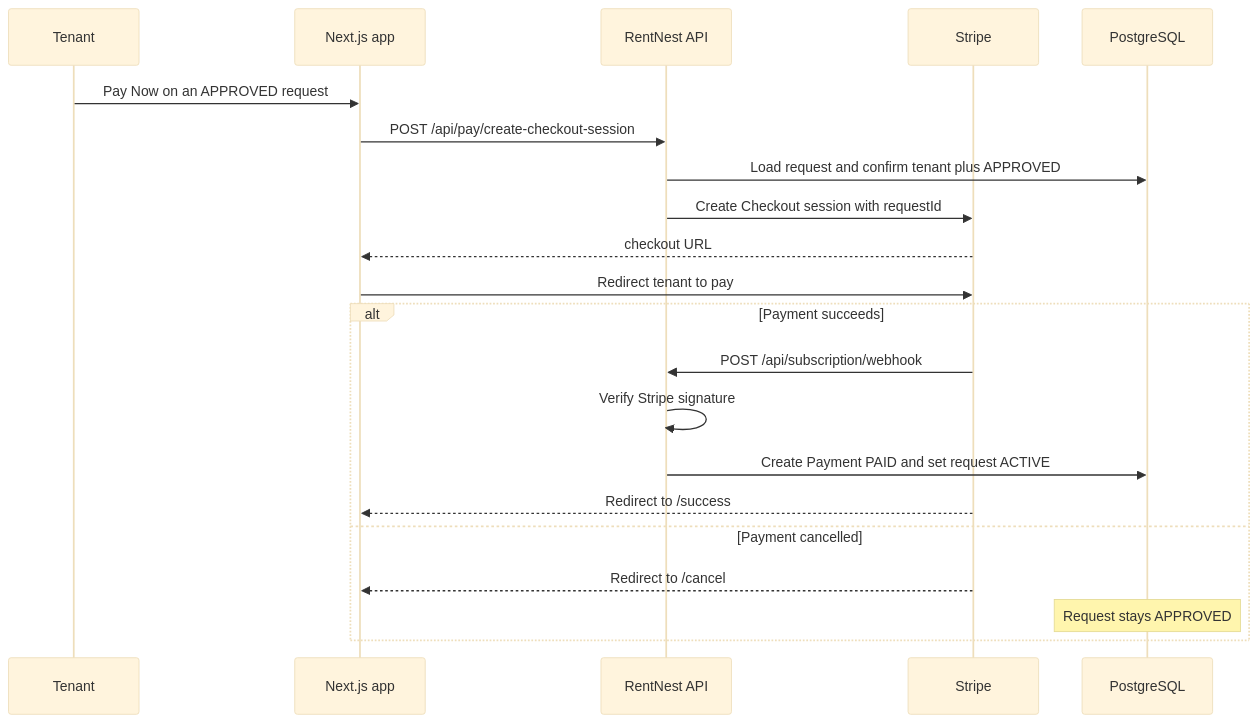
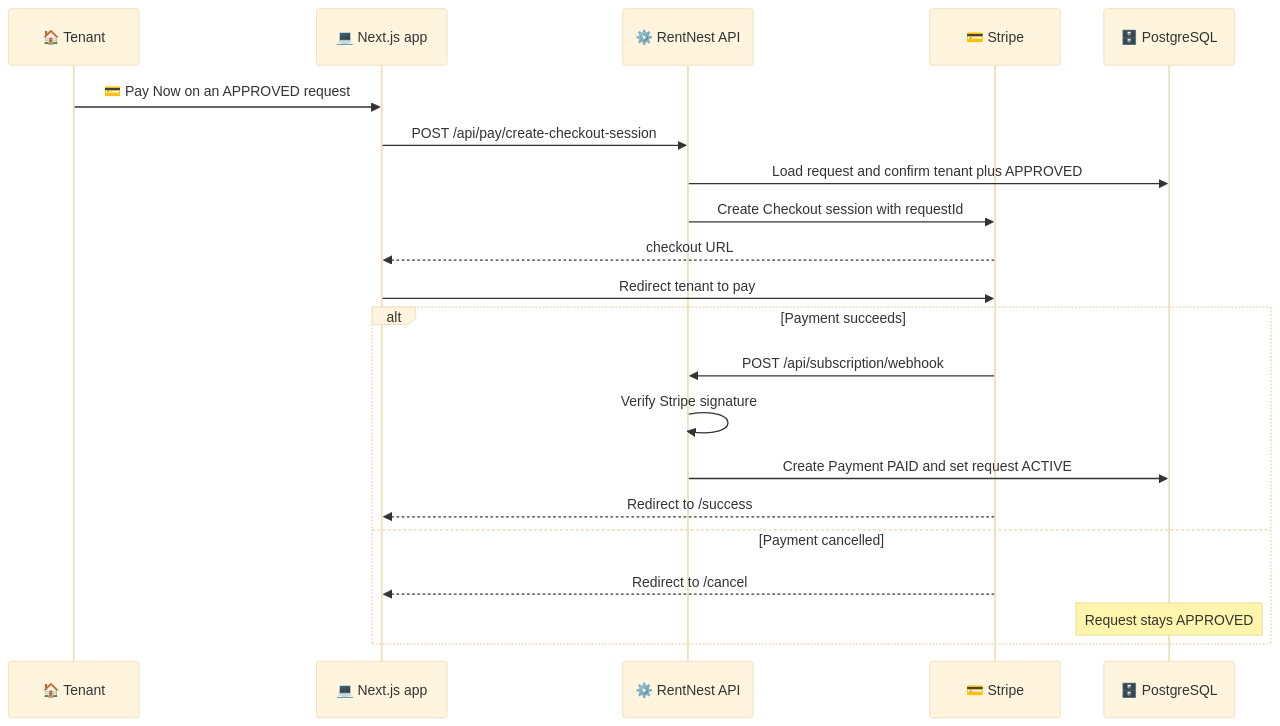
One commit to kaziashik/rentnest_frontend- changed the sixth of 12 diagrams in RentNest-full-workflow.md. Above: the diagram before and after it, drawn with Mermaid (base theme). The commit also changed other lines of this file, not shown here.

````diff
--- a/RentNest-full-workflow.md
+++ b/RentNest-full-workflow.md
@@ -163,24 +220,24 @@
 ```mermaid
 sequenceDiagram
-    participant T as Tenant
-    participant Web as Next.js app
-    participant API as RentNest API
-    participant S as Stripe
-    participant DB as PostgreSQL
+    participant T as 🏠 Tenant
+    participant Web as 💻 Next.js app
+    participant API as ⚙️ RentNest API
+    participant S as 💳 Stripe
+    participant DB as 🗄️ PostgreSQL
 
-    T->>Web: Pay Now on an APPROVED request
+    T->>Web: 💳 Pay Now on an APPROVED request
     Web->>API: POST /api/pay/create-checkout-session
     API->>DB: Load request and confirm tenant plus APPROVED
     API->>S: Create Checkout session with requestId
     S-->>Web: checkout URL
     Web->>S: Redirect tenant to pay
     alt Payment succeeds
         S->>API: POST /api/subscription/webhook
         API->>API: Verify Stripe signature
         API->>DB: Create Payment PAID and set request ACTIVE
         S-->>Web: Redirect to /success
     else Payment cancelled
         S-->>Web: Redirect to /cancel
         Note over DB: Request stays APPROVED
     end
 ```
````
